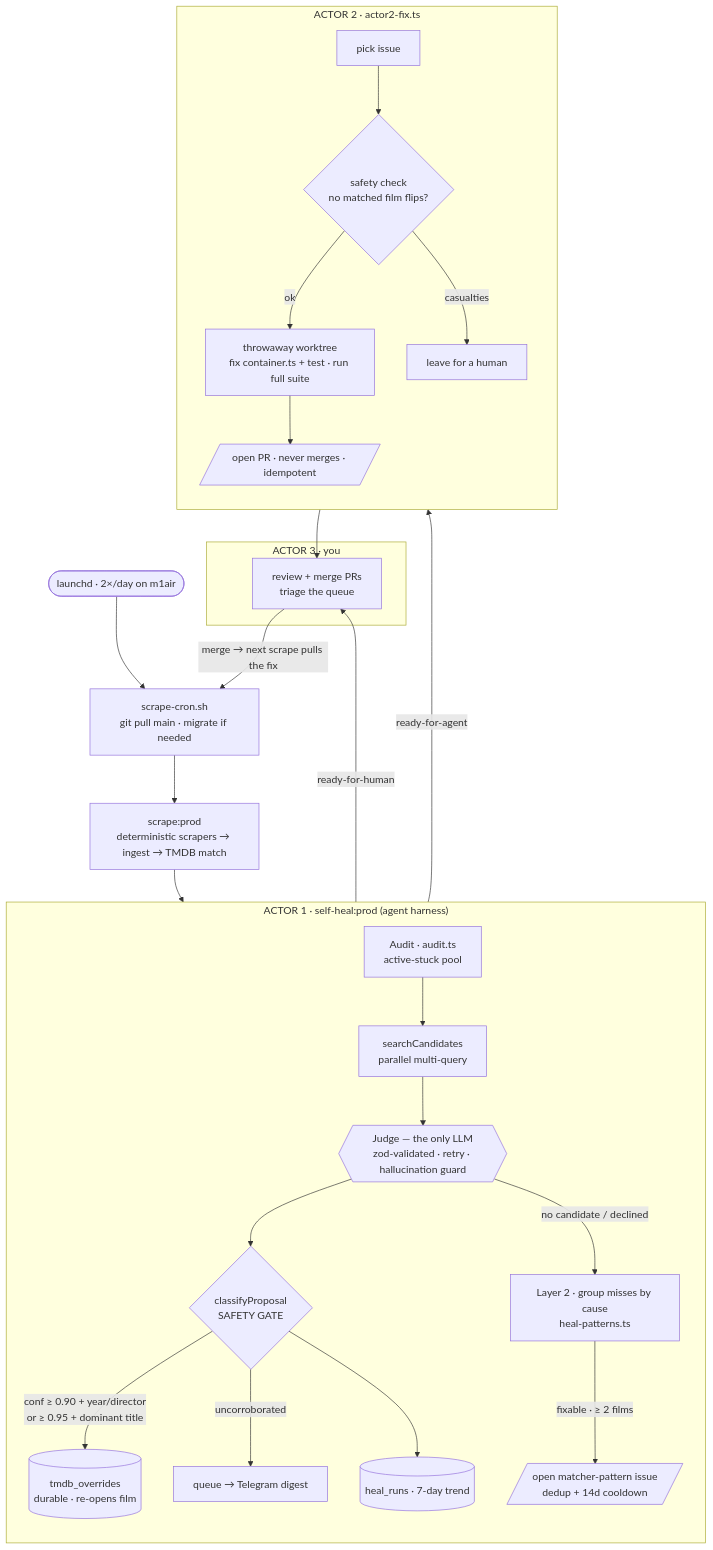
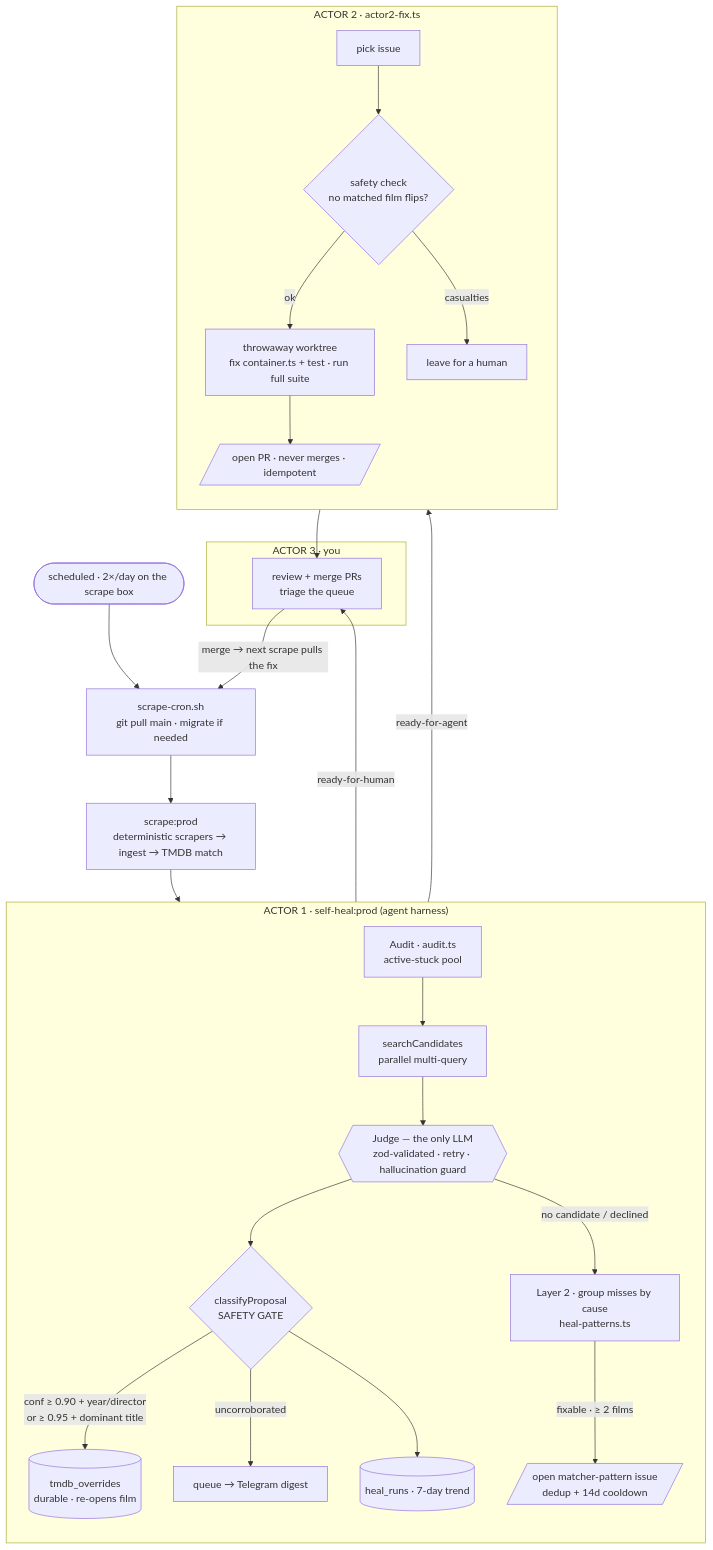
The diagram in docs/agents/self-heal-loop.md (benjamindelasoie/afiche), drawn with Mermaid before and after one commit. The commit also changed other lines of this file and 8 other files, not shown here.

````diff
--- a/docs/agents/self-heal-loop.md
+++ b/docs/agents/self-heal-loop.md
@@ -13,46 +13,46 @@
 ```mermaid
 flowchart TD
-    cron(["launchd · 2×/day on m1air"]) --> cronsh["scrape-cron.sh<br/>git pull main · migrate if needed"]
+    cron(["scheduled · 2×/day on the scrape box"]) --> cronsh["scrape-cron.sh<br/>git pull main · migrate if needed"]
     cronsh --> scrape["scrape:prod<br/>deterministic scrapers → ingest → TMDB match"]
 
     subgraph A1["ACTOR 1 · self-heal:prod (agent harness)"]
       direction TB
       audit["Audit · audit.ts<br/>active-stuck pool"]
       search["searchCandidates<br/>parallel multi-query"]
       judge{{"Judge — the only LLM<br/>zod-validated · retry · hallucination guard"}}
       gate{"classifyProposal<br/>SAFETY GATE"}
       overrides[("tmdb_overrides<br/>durable · re-opens film")]
       queue["queue → Telegram digest"]
       group["Layer 2 · group misses by cause<br/>heal-patterns.ts"]
       ghissue[/"open matcher-pattern issue<br/>dedup + 14d cooldown"/]
       metrics[("heal_runs · 7-day trend")]
       audit --> search --> judge --> gate
       gate -->|"conf ≥ 0.90 + year/director<br/>or ≥ 0.95 + dominant title"| overrides
       gate -->|"uncorroborated"| queue
       judge -->|"no candidate / declined"| group
       group -->|"fixable · ≥ 2 films"| ghissue
       gate --> metrics
     end
 
     subgraph A2["ACTOR 2 · actor2-fix.ts"]
       direction TB
       a2["pick issue"]
       safe{"safety check<br/>no matched film flips?"}
       wt["throwaway worktree<br/>fix container.ts + test · run full suite"]
       pr[/"open PR · never merges · idempotent"/]
       leave["leave for a human"]
       a2 --> safe
       safe -->|"ok"| wt --> pr
       safe -->|"casualties"| leave
     end
 
     subgraph A3["ACTOR 3 · you"]
       you["review + merge PRs<br/>triage the queue"]
     end
 
     scrape --> audit
     ghissue -->|"ready-for-agent"| a2
     ghissue -->|"ready-for-human"| you
     pr --> you
     you -->|"merge → next scrape pulls the fix"| cronsh
 ```
````
